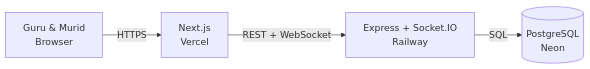
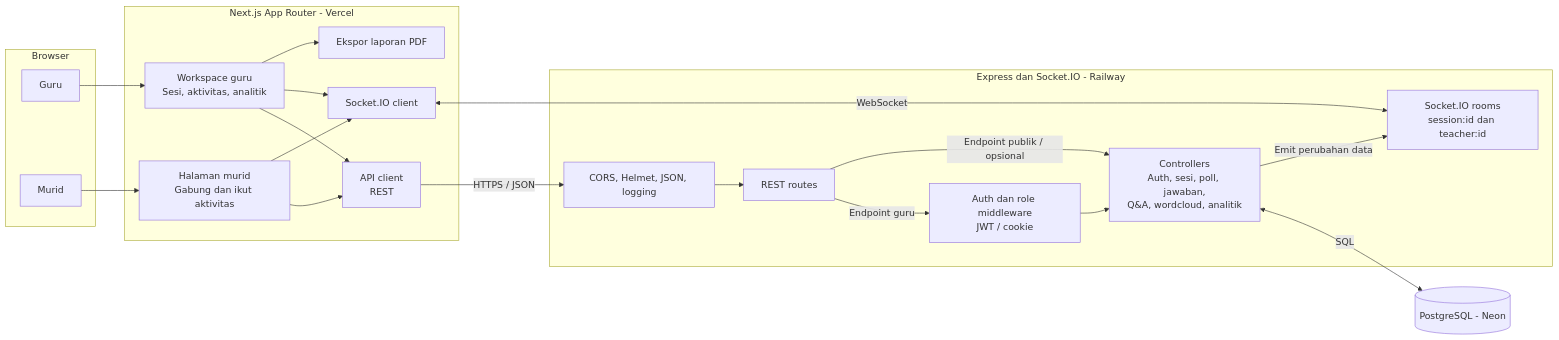
The diagram in README.md (yugata-dev/Qurio_App), drawn with Mermaid before and after one commit. The commit also changed other lines of this file and 1 other file, not shown here.

Commit message:
docs: update README and app icon

````diff
--- a/README.md
+++ b/README.md
@@ -105,6 +107,41 @@
 ```mermaid
 flowchart LR
-    U[Guru & Murid<br/>Browser] -->|HTTPS| V[Next.js<br/>Vercel]
-    V -->|REST + WebSocket| R[Express + Socket.IO<br/>Railway]
-    R -->|SQL| N[(PostgreSQL<br/>Neon)]
+  subgraph Client[Browser]
+    T[Guru]
+    S[Murid]
+  end
+
+  subgraph Frontend[Next.js App Router - Vercel]
+    W[Workspace guru<br/>Sesi, aktivitas, analitik]
+    P[Halaman murid<br/>Gabung dan ikut aktivitas]
+    API[API client<br/>REST]
+    WS[Socket.IO client]
+    PDF[Ekspor laporan PDF]
+  end
+
+  subgraph Backend[Express dan Socket.IO - Railway]
+    MW[CORS, Helmet, JSON, logging]
+    AUTH[Auth dan role middleware<br/>JWT / cookie]
+    ROUTES[REST routes]
+    CTRL[Controllers<br/>Auth, sesi, poll, jawaban,<br/>Q&A, wordcloud, analitik]
+    SOCKET[Socket.IO rooms<br/>session:id dan teacher:id]
+  end
+
+  DB[(PostgreSQL - Neon)]
+
+  T --> W
+  S --> P
+  W --> API
+  P --> API
+  W --> WS
+  P --> WS
+  W --> PDF
+  API -->|HTTPS / JSON| MW
+  MW --> ROUTES
+  ROUTES -->|Endpoint guru| AUTH
+  ROUTES -->|Endpoint publik / opsional| CTRL
+  AUTH --> CTRL
+  CTRL <-->|SQL| DB
+  WS <-->|WebSocket| SOCKET
+  CTRL -->|Emit perubahan data| SOCKET
 ```
````
